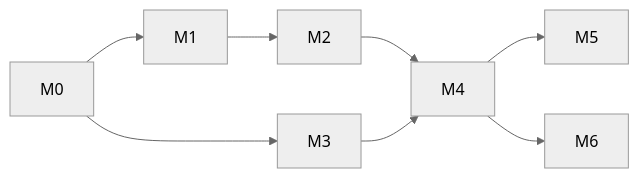
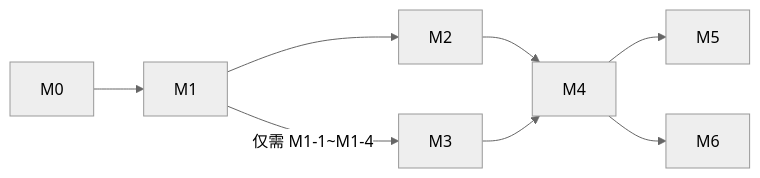
One commit to Assassin187/NePA changed the second of 2 diagrams in project_docs/system_design.md. Above: the diagram before and after it, drawn with Mermaid (neutral theme). The commit also changed other lines of this file and 55 other files, not shown here.

````diff
--- a/project_docs/system_design.md
+++ b/project_docs/system_design.md
@@ -1261,7 +1332,7 @@
 ```mermaid
 flowchart LR
   M0 --> M1 --> M2 --> M4
-  M0 --> M3 --> M4
+  M1 -- 仅需 M1-1~M1-4 --> M3 --> M4
   M4 --> M5
   M4 --> M6
 ```
````
